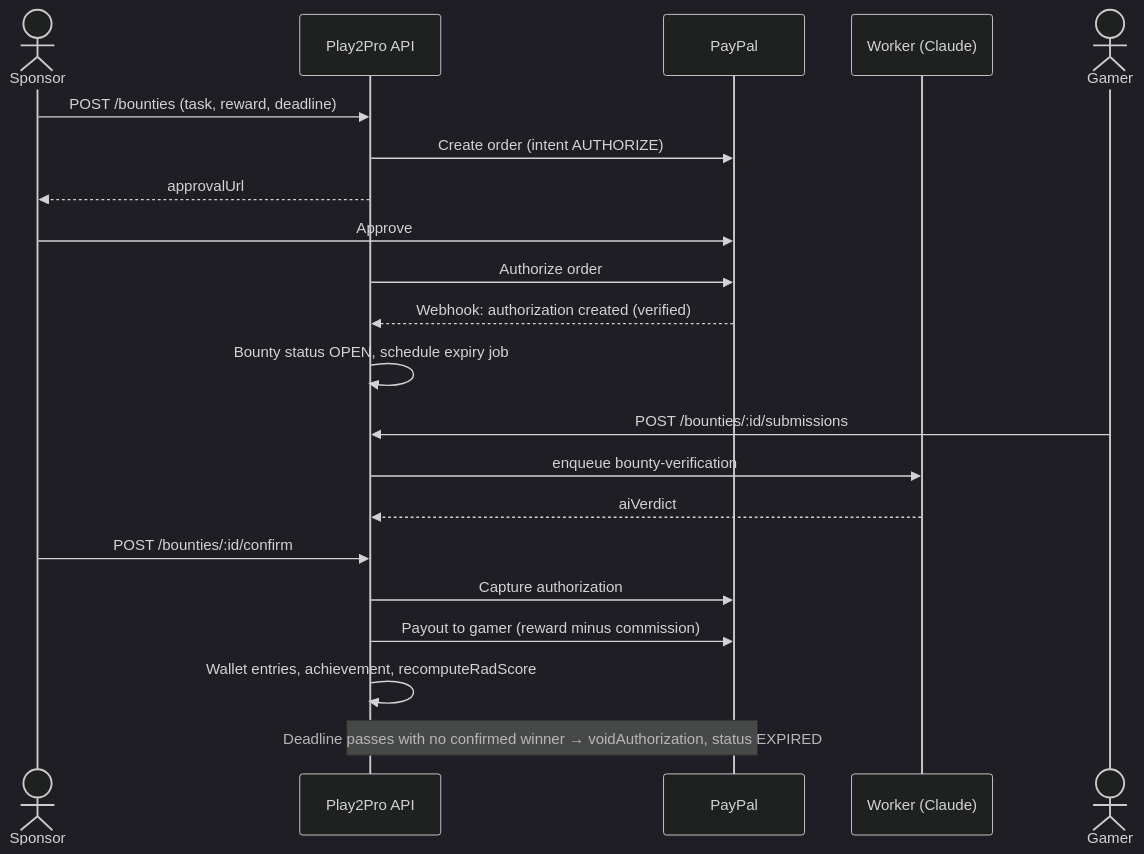
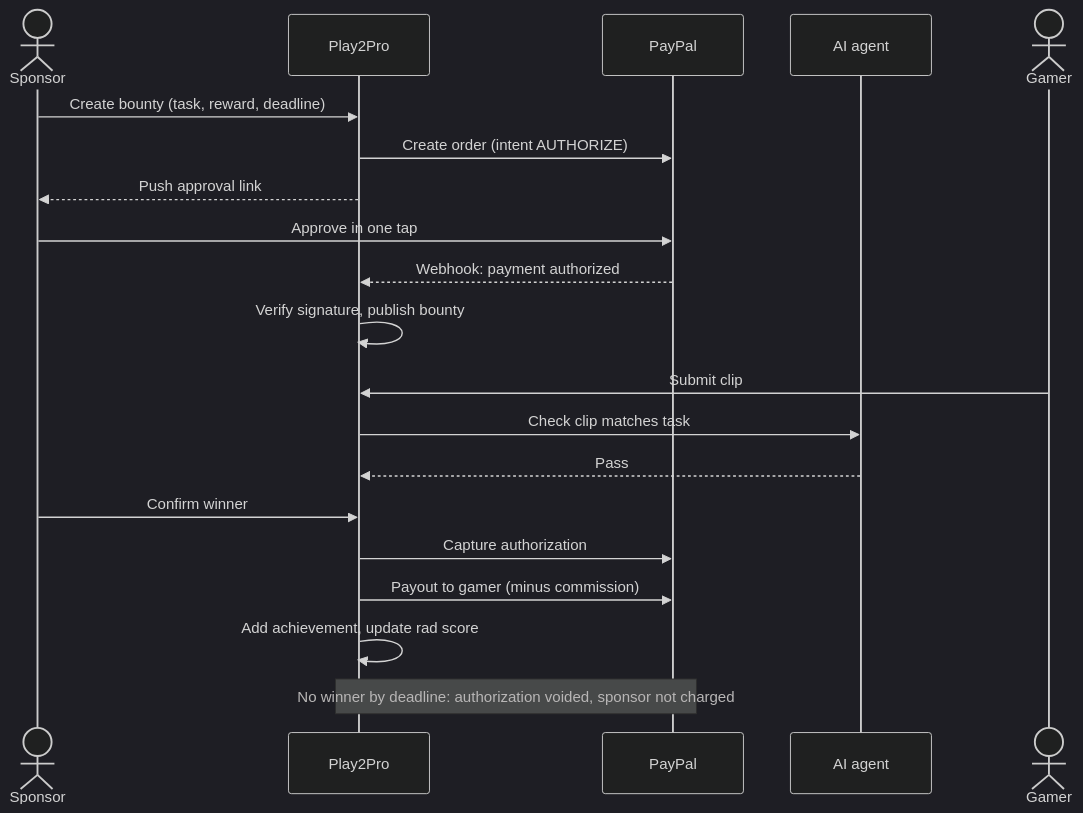
The first of 2 diagrams in README.md (adrew201/geeks), drawn with Mermaid (dark theme) before and after one commit. The commit also changed other lines of this file and 1 other file, not shown here.

````diff
--- a/README.md
+++ b/README.md
@@ -712,24 +128,23 @@
 ```mermaid
 sequenceDiagram
     actor Sponsor
-    participant API as Play2Pro API
+    participant App as Play2Pro
     participant PP as PayPal
-    participant W as Worker (Claude)
+    participant AI as AI agent
     actor Gamer
 
-    Sponsor->>API: POST /bounties (task, reward, deadline)
-    API->>PP: Create order (intent AUTHORIZE)
-    API-->>Sponsor: approvalUrl
-    Sponsor->>PP: Approve
-    API->>PP: Authorize order
-    PP-->>API: Webhook: authorization created (verified)
-    API->>API: Bounty status OPEN, schedule expiry job
-    Gamer->>API: POST /bounties/:id/submissions
-    API->>W: enqueue bounty-verification
-    W-->>API: aiVerdict
-    Sponsor->>API: POST /bounties/:id/confirm
-    API->>PP: Capture authorization
-    API->>PP: Payout to gamer (reward minus commission)
-    API->>API: Wallet entries, achievement, recomputeRadScore
-    Note over API,PP: Deadline passes with no confirmed winner → voidAuthorization, status EXPIRED
+    Sponsor->>App: Create bounty (task, reward, deadline)
+    App->>PP: Create order (intent AUTHORIZE)
+    App-->>Sponsor: Push approval link
+    Sponsor->>PP: Approve in one tap
+    PP-->>App: Webhook: payment authorized
+    App->>App: Verify signature, publish bounty
+    Gamer->>App: Submit clip
+    App->>AI: Check clip matches task
+    AI-->>App: Pass
+    Sponsor->>App: Confirm winner
+    App->>PP: Capture authorization
+    App->>PP: Payout to gamer (minus commission)
+    App->>App: Add achievement, update rad score
+    Note over App,PP: No winner by deadline: authorization voided, sponsor not charged
 ```
````
